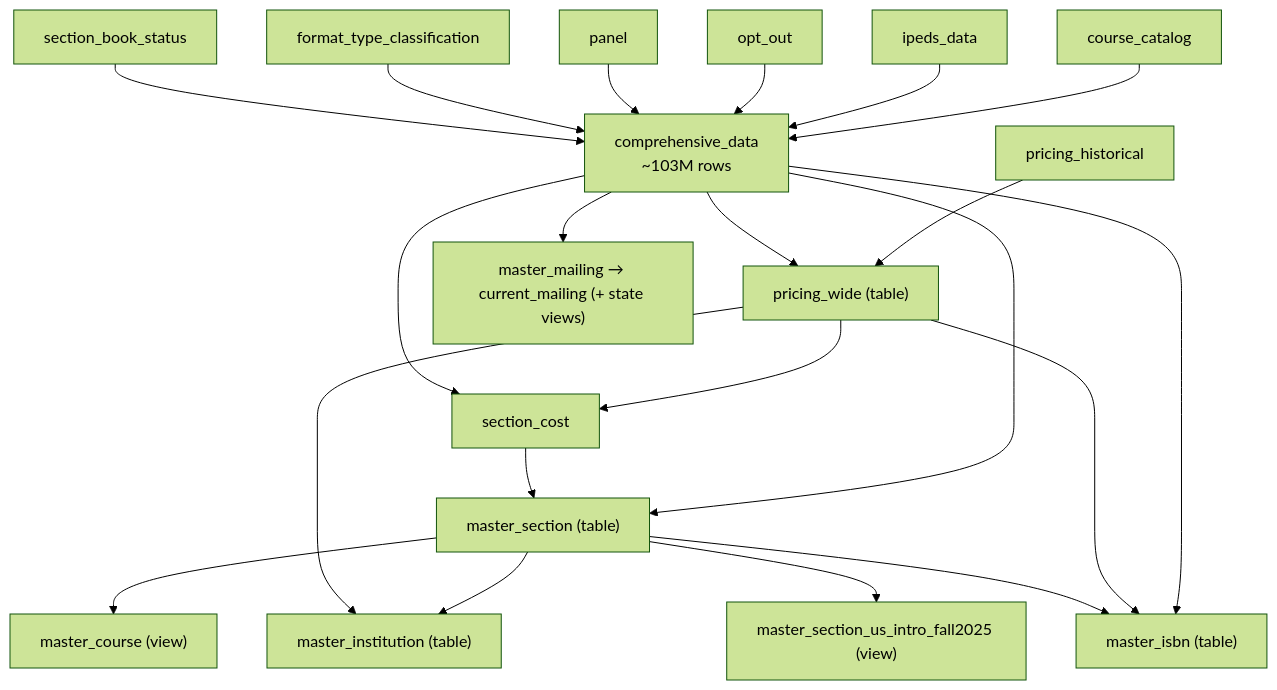
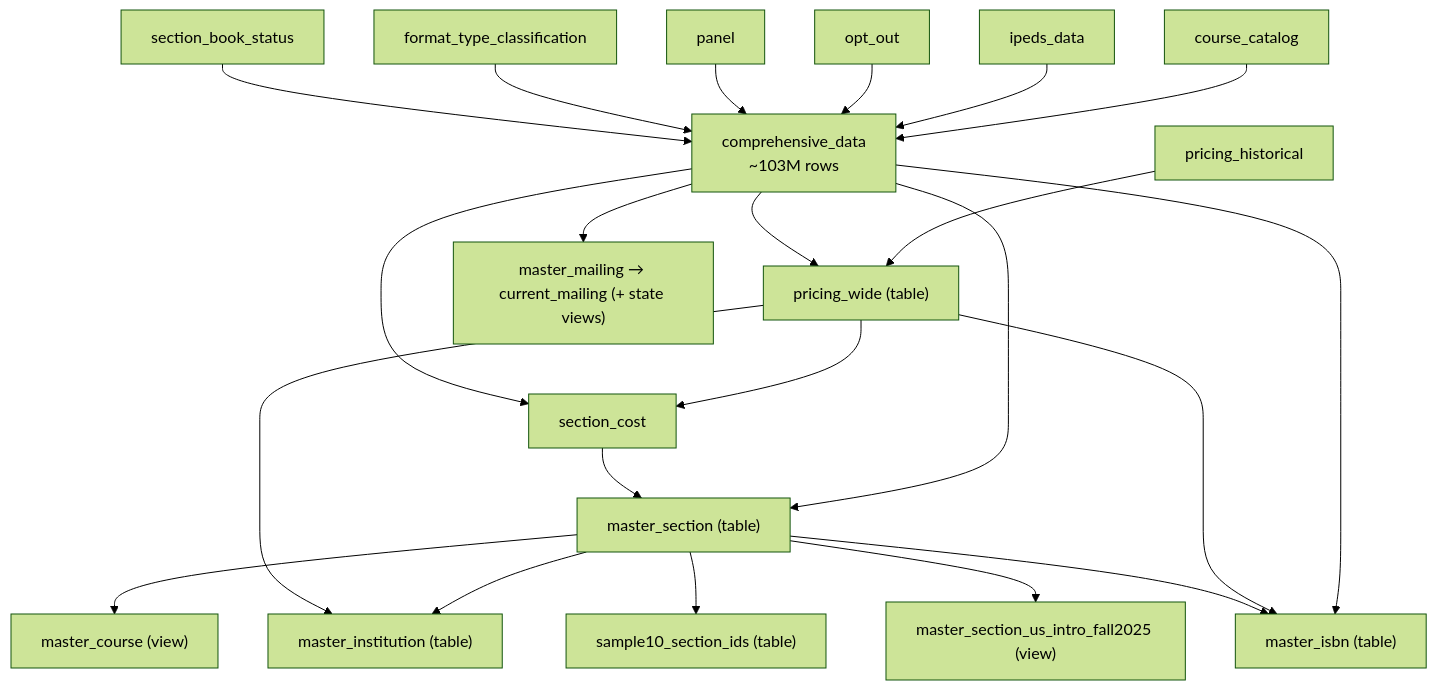
Before and after one commit to christopherseaman/commodoreSQL: the diagram in SCHEMA.md, drawn with Mermaid (forest theme). The commit also changed other lines of this file and 7 other files, not shown here.

````diff
--- a/SCHEMA.md
+++ b/SCHEMA.md
@@ -87,23 +89,24 @@
 ```mermaid
 flowchart TD
     catalog["course_catalog"] --> cd["comprehensive_data<br/>~103M rows"]
     ipeds["ipeds_data"] --> cd
     optout["opt_out"] --> cd
     panel["panel"] --> cd
     ftc["format_type_classification"] --> cd
     sbs["section_book_status"] --> cd
     pricing["pricing_historical"] --> pw["pricing_wide (table)"]
     cd --> pw
     cd --> ms["master_section (table)"]
     pw --> sc["section_cost"]
     cd --> sc
     sc --> ms
     ms --> mc["master_course (view)"]
     ms --> mi["master_institution (table)"]
     cd --> misbn["master_isbn (table)"]
     pw --> mi
     pw --> misbn
     ms --> misbn
+    ms --> sample10["sample10_section_ids (table)"]
     ms --> usv["master_section_us_intro_fall2025 (view)"]
     cd --> mm["master_mailing → current_mailing (+ state views)"]
 ```
````
